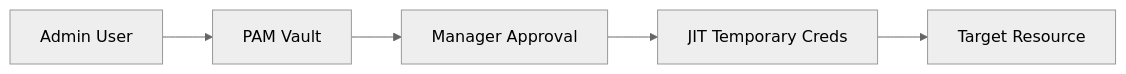
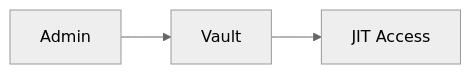
Before and after one commit to Devopstrio/identity-landingzone: the seventh of 30 diagrams in README.md, drawn with Mermaid (neutral theme). The commit also changed other lines of this file, not shown here.

Commit message:
docs: expand README with 30+ architectural diagrams

````diff
--- a/README.md
+++ b/README.md
@@ -168,7 +76,5 @@
 ```mermaid
 graph LR
-    Admin[Admin User] --> Vault[PAM Vault]
-    Vault --> Approval[Manager Approval]
-    Approval --> JIT[JIT Temporary Creds]
-    JIT --> Resource[Target Resource]
+    Admin --> Vault[Vault]
+    Vault --> JIT[JIT Access]
 ```
````
